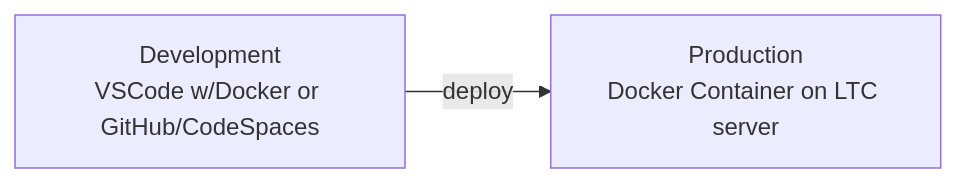
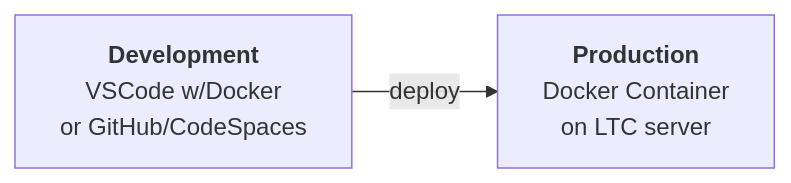
The diagram in E Course/WebDev/_projects/Project 1/Task 1/Task 1 - Server Installation.md (Lake-Tuggeranong-College/Holocron), drawn with Mermaid before and after one commit. The commit also changed other lines of this file, not shown here.

Commit message:
markdown

````diff
--- a/E Course/WebDev/_projects/Project 1/Task 1/Task 1 - Server Installation.md
+++ b/E Course/WebDev/_projects/Project 1/Task 1/Task 1 - Server Installation.md
@@ -14,6 +13,10 @@
 ```mermaid
 flowchart LR
-	dev[Development\nVSCode w/Docker or GitHub/CodeSpaces]
-	prod[Production\nDocker Container on LTC server]
+	dev["`**Development** 
+	VSCode w/Docker 
+	or GitHub/CodeSpaces`"]
+	prod["`**Production**
+	Docker Container 
+	on LTC server`"]
 dev -->|deploy| prod
 ```
````
